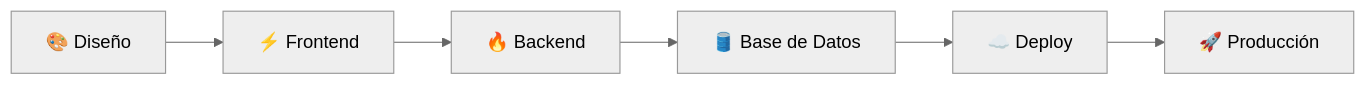
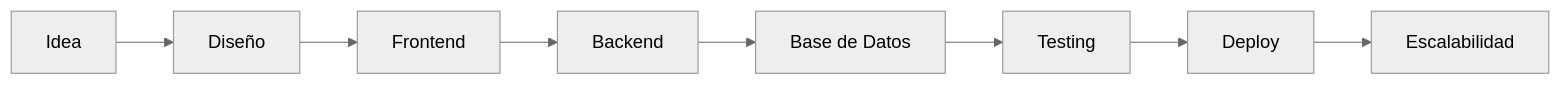
One commit to TracyMooor/TracyMooor changed the diagram in README.md. Above: the diagram before and after it, drawn with Mermaid (neutral theme). The commit also changed other lines of this file, not shown here.

````diff
--- a/README.md
+++ b/README.md
@@ -103,13 +177,11 @@
 ```mermaid
 flowchart LR
 
-A["🎨 Diseño"] --> B["⚡ Frontend"]
-
-B --> C["🔥 Backend"]
-
-C --> D["🛢️ Base de Datos"]
-
-D --> E["☁️ Deploy"]
-
-E --> F["🚀 Producción"]
+A[Idea] --> B[Diseño]
+B --> C[Frontend]
+C --> D[Backend]
+D --> E[Base de Datos]
+E --> F[Testing]
+F --> G[Deploy]
+G --> H[Escalabilidad]
 ```
````
